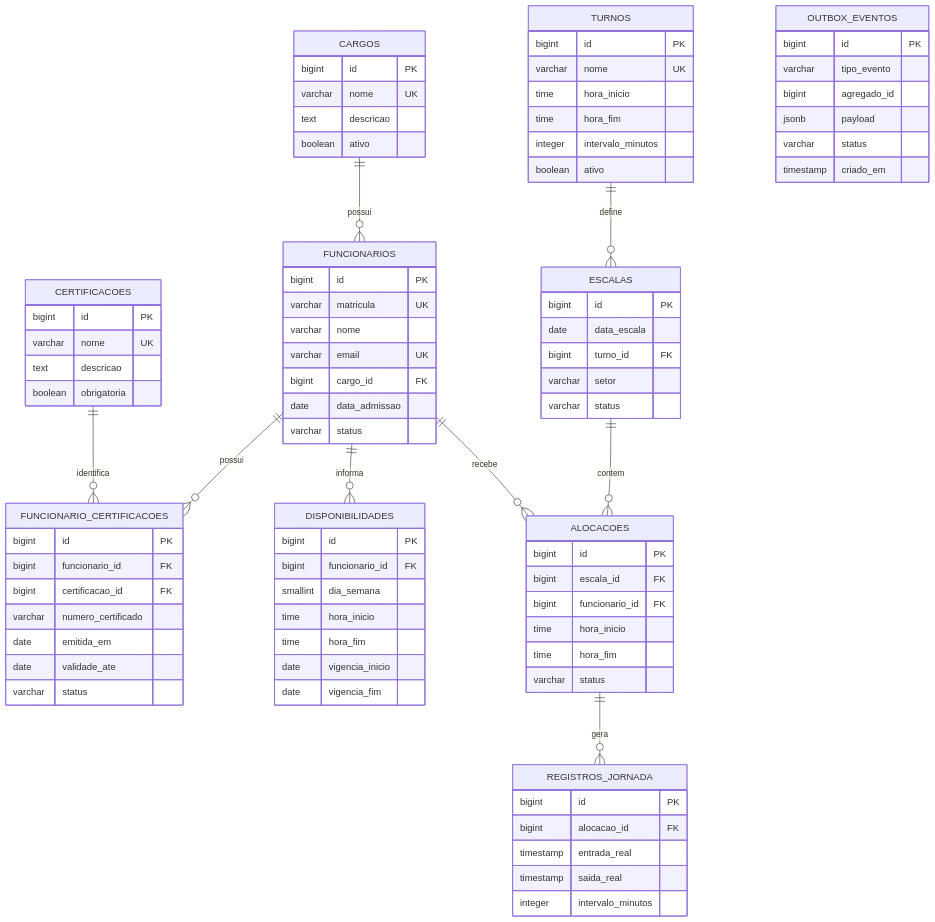
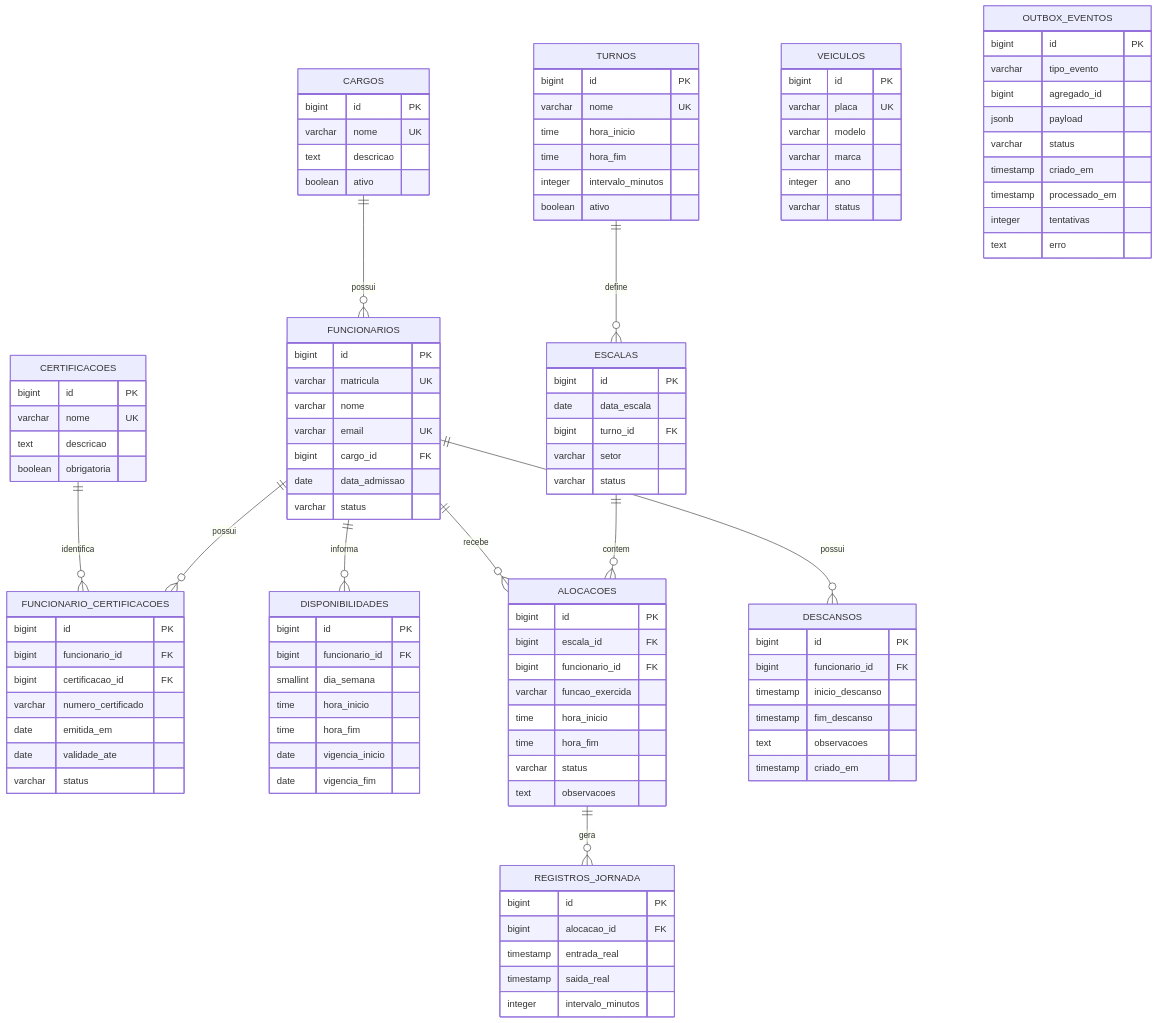
Before and after one commit to GasparJV5/jornadalog-sig-people: the diagram in docs/infra/DER.md, drawn with Mermaid. The commit also changed other lines of this file, not shown here.

Commit message:
docs(infra): atualizar DER com veículos, descansos e eventos da Outbox

````diff
--- a/docs/infra/DER.md
+++ b/docs/infra/DER.md
@@ -19,6 +18,7 @@
     ESCALAS ||--o{ ALOCACOES : contem
     FUNCIONARIOS ||--o{ ALOCACOES : recebe
     ALOCACOES ||--o{ REGISTROS_JORNADA : gera
+    FUNCIONARIOS ||--o{ DESCANSOS : possui
 
     CARGOS {
         bigint id PK
@@ -85,9 +85,11 @@
         bigint id PK
         bigint escala_id FK
         bigint funcionario_id FK
+        varchar funcao_exercida
         time hora_inicio
         time hora_fim
         varchar status
+        text observacoes
     }
 
     REGISTROS_JORNADA {
@@ -98,6 +100,25 @@
         integer intervalo_minutos
     }
 
+    VEICULOS {
+        bigint id PK
+        varchar placa UK
+        varchar modelo
+        varchar marca
+        integer ano
+        varchar status
+    }
+
+    DESCANSOS {
+        bigint id PK
+        bigint funcionario_id FK
+        timestamp inicio_descanso
+        timestamp fim_descanso
+        text observacoes
+        timestamp criado_em
+
+    }
+
     OUTBOX_EVENTOS {
         bigint id PK
         varchar tipo_evento
@@ -105,5 +126,8 @@
         jsonb payload
         varchar status
         timestamp criado_em
+        timestamp processado_em
+        integer tentativas
+        text erro
     }
 ```
````
